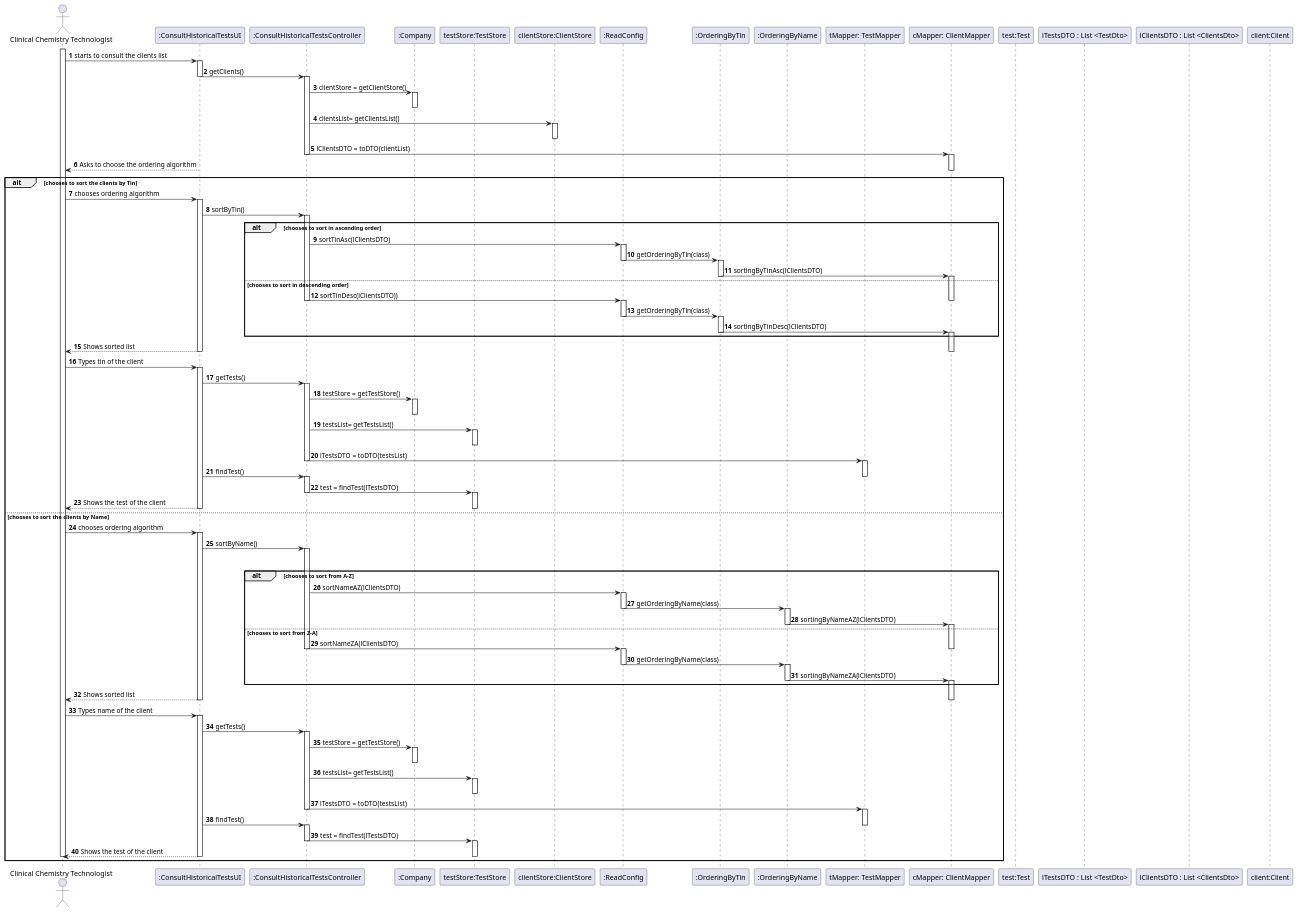
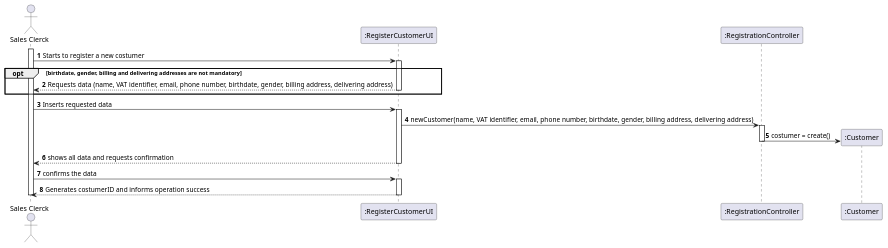
Before and after one commit to marttuga/LAPR4-SmartSystems: the diagram in docs/Sprint2/US1003/US1003_SD.puml, drawn with PlantUML. The commit also changed 1 other file, not shown here.

```diff
--- a/docs/Sprint2/US1003/US1003_SD.puml
+++ b/docs/Sprint2/US1003/US1003_SD.puml
@@ -1,10 +1,11 @@
 @startuml
 autonumber
 'hide footbox
-actor "Clinical Chemistry Technologist" as CCT
-participant ":ConsultHistoricalTestsUI" as UI
-participant ":ConsultHistoricalTestsController" as CTRL
-participant ":Company" as Company
+actor "Sales Clerck" as SC
+participant ":RegisterCustomerUI" as UI
+participant ":RegistrationController" as CTRL
+participant ":Customer" as Customer
+/'
 participant "testStore:TestStore" as Store
 participant "clientStore:ClientStore" as cStore
 participant ":ReadConfig" as Read
@@ -15,216 +16,41 @@
 participant "test:Test" as Test
 participant "lTestsDTO : List <TestDto>" as testDTO
 participant "lClientsDTO : List <ClientsDto>" as clientDTO
-participant "client:Client" as Client
+participant "client:Client" as Client'/
+
+activate SC
+
+SC -> UI : Starts to register a new costumer
+activate UI
+opt birthdate, gender, billing and delivering addresses are not mandatory
+UI --> SC : Requests data (name, VAT identifier, email, phone number, birthdate, gender, billing address, delivering address)
+deactivate UI
+end opt
 
 
-activate CCT
-CCT -> UI :  starts to consult the clients list
+SC -> UI : Inserts requested data
 activate UI
 
-
-
-UI -> CTRL :  getClients()
-deactivate UI
+UI -> CTRL : newCustomer(name, VAT identifier, email, phone number, birthdate, gender, billing address, delivering address)
 activate CTRL
 
-CTRL -> Company : clientStore = getClientStore()
-activate Company
-deactivate Company
-
-CTRL -> cStore : clientsList= getClientsList()
-activate cStore
-deactivate cStore
-
-CTRL -> cMapper : lClientsDTO = toDTO(clientList)
+CTRL -> Customer** : costumer = create()
 deactivate CTRL
-activate cMapper
-
-
-UI --> CCT : Asks to choose the ordering algorithm
-deactivate UI
-deactivate Company
-deactivate cStore
-alt chooses to sort the clients by Tin
-deactivate cMapper
-CCT -> UI : chooses ordering algorithm
-activate UI
-
-
-
-UI -> CTRL : sortByTin()
-
-activate CTRL
-alt chooses to sort in ascending order
-CTRL -> Read : sortTinAsc(lClientsDTO)
-activate Read
-
-
-Read -> OBT : getOrderingByTin(class)
-deactivate Read
-activate OBT
-
-
-OBT -> cMapper : sortingByTinAsc(lClientsDTO)
-deactivate OBT
-activate cMapper
-
-
-else chooses to sort in descending order
-
-CTRL -> Read : sortTinDesc(lClientsDTO))
-deactivate cMapper
-activate Read
-deactivate CTRL
-
-Read -> OBT : getOrderingByTin(class)
-deactivate Read
-activate OBT
-
-
-OBT -> cMapper : sortingByTinDesc(lClientsDTO)
-deactivate OBT
-activate cMapper
-
-end
-
-
-UI --> CCT : Shows sorted list
-deactivate UI
-
-deactivate cMapper
-CCT -> UI : Types tin of the client
-activate UI
-
-UI -> CTRL :  getTests()
-activate CTRL
-CTRL -> Company : testStore = getTestStore()
-
-activate Company
-deactivate Company
-
-CTRL -> Store : testsList= getTestsList()
-activate Store
-deactivate Store
-
-CTRL -> tMapper : lTestsDTO = toDTO(testsList)
-deactivate CTRL
-activate tMapper
-
-
-UI -> CTRL : findTest()
-deactivate tMapper
-activate CTRL
-
-CTRL -> Store : test = findTest(lTestsDTO)
-deactivate CTRL
-activate Store
-
-
-
-UI --> CCT : Shows the test of the client
+UI --> SC :shows all data and requests confirmation
 deactivate UI
 
 
-deactivate Store
-else chooses to sort the clients by Name
+SC -> UI : confirms the data
+activate UI
+UI --> SC : Generates costumerID and informs operation success
+deactivate UI
 
-
-CCT -> UI :  chooses ordering algorithm
-activate UI
-
-UI -> CTRL : sortByName()
-
-activate CTRL
-
-
-
-alt chooses to sort from A-Z
-
-deactivate cStore
-
-CTRL -> Read : sortNameAZ(lClientsDTO)
-deactivate cMapper
-activate Read
-
-
-Read -> OBN : getOrderingByName(class)
-deactivate Read
-activate OBN
-
-
-OBN -> cMapper : sortingByNameAZ(lClientsDTO)
-deactivate OBN
-activate cMapper
-
-
-
-else chooses to sort from Z-A
-
-CTRL -> Read : sortNameZA(lClientsDTO)
-deactivate cMapper
-activate Read
-deactivate CTRL
-
-Read -> OBN : getOrderingByName(class)
-deactivate Read
-activate OBN
-
-
-OBN -> cMapper : sortingByNameZA(lClientsDTO)
-deactivate OBN
-activate cMapper
+deactivate SC
 
 
 
 
 
-end
-
-UI --> CCT : Shows sorted list
-deactivate cMapper
-deactivate UI
-
-CCT -> UI : Types name of the client
-
-activate UI
-UI -> CTRL :  getTests()
-activate CTRL
-CTRL -> Company : testStore = getTestStore()
-
-activate Company
-deactivate Company
-
-CTRL -> Store : testsList= getTestsList()
-activate Store
-deactivate Store
-
-CTRL -> tMapper : lTestsDTO = toDTO(testsList)
-deactivate CTRL
-activate tMapper
-
-
-deactivate cStore
-UI -> CTRL : findTest()
-deactivate tMapper
-activate CTRL
-CTRL -> Store : test = findTest(lTestsDTO)
-deactivate CTRL
-activate Store
-
-UI --> CCT : Shows the test of the client
-
-deactivate UI
-deactivate Store
-deactivate UI
-
-
-deactivate CCT
-
-
-end
-
-
 
 
 @enduml
```
